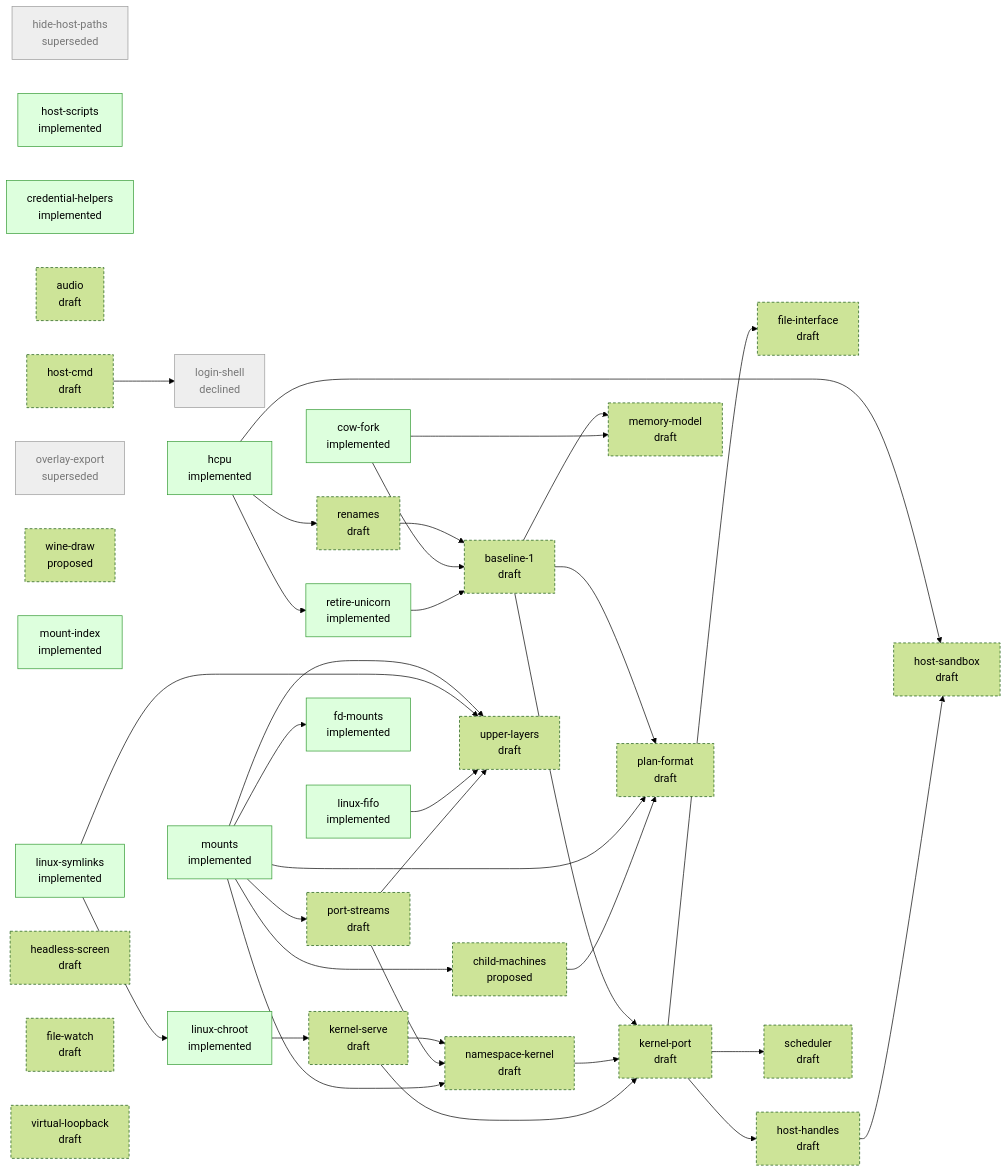
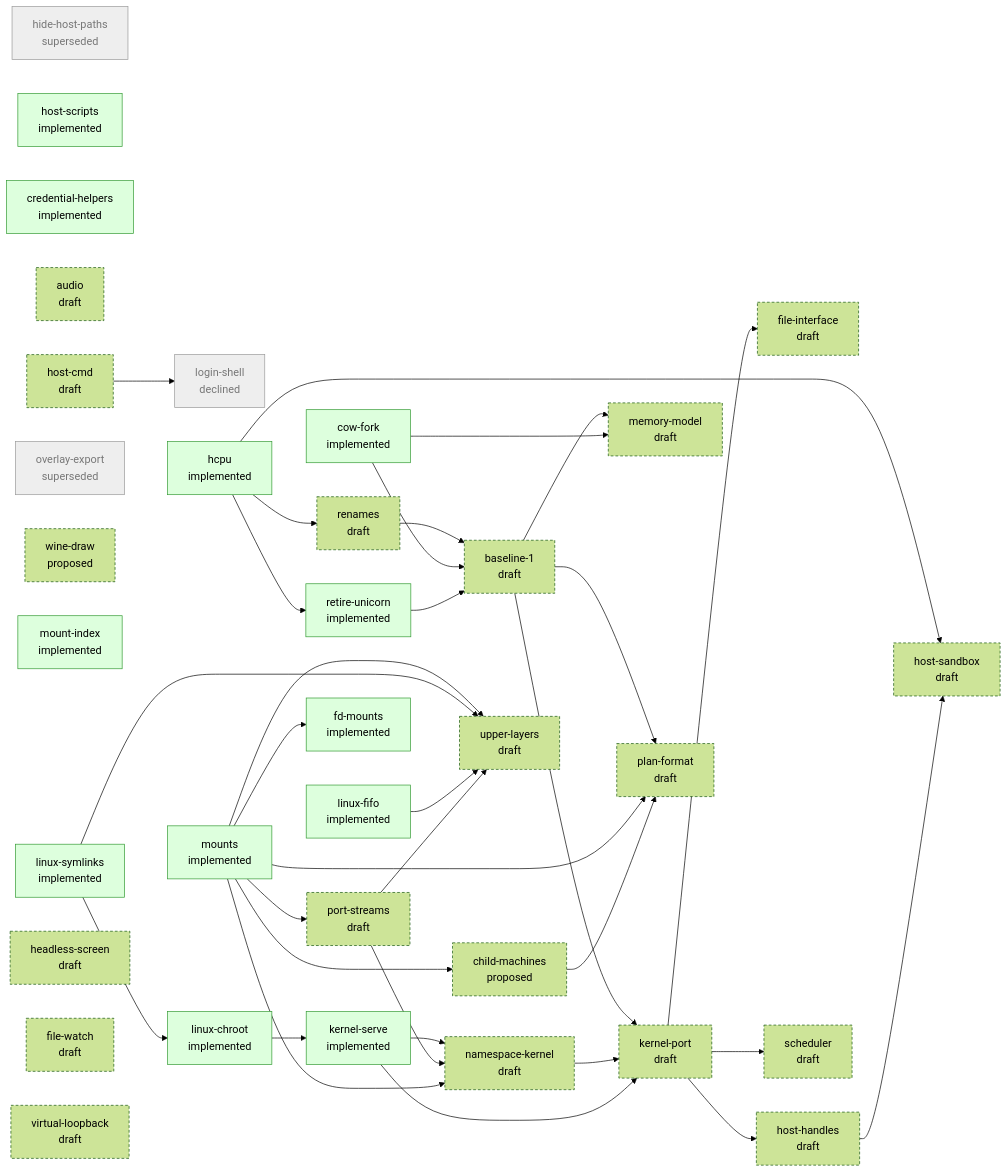
Before and after one commit to progrium/hyper9: the diagram in design/STATUS.md, drawn with Mermaid (forest theme). The commit also changed other lines of this file, not shown here.

````diff
--- a/design/STATUS.md
+++ b/design/STATUS.md
@@ -44,72 +44,72 @@
 ```mermaid
 flowchart LR
   classDef draft stroke-dasharray: 4 3
   classDef accepted stroke-width: 2px
   classDef implemented fill:#dfd,stroke:#393
   classDef closed fill:#eee,stroke:#999,color:#777
   p_hide_host_paths["hide-host-paths<br/>superseded"]:::closed
   p_host_sandbox["host-sandbox<br/>draft"]:::draft
   p_host_scripts["host-scripts<br/>implemented"]:::implemented
   p_credential_helpers["credential-helpers<br/>implemented"]:::implemented
   p_audio["audio<br/>draft"]:::draft
   p_host_cmd["host-cmd<br/>draft"]:::draft
   p_overlay_export["overlay-export<br/>superseded"]:::closed
   p_login_shell["login-shell<br/>declined"]:::closed
   p_child_machines["child-machines<br/>proposed"]:::draft
   p_cow_fork["cow-fork<br/>implemented"]:::implemented
   p_wine_draw["wine-draw<br/>proposed"]:::draft
   p_mount_index["mount-index<br/>implemented"]:::implemented
   p_hcpu["hcpu<br/>implemented"]:::implemented
-  p_kernel_serve["kernel-serve<br/>draft"]:::draft
+  p_kernel_serve["kernel-serve<br/>implemented"]:::implemented
   p_namespace_kernel["namespace-kernel<br/>draft"]:::draft
   p_port_streams["port-streams<br/>draft"]:::draft
   p_linux_fifo["linux-fifo<br/>implemented"]:::implemented
   p_mounts["mounts<br/>implemented"]:::implemented
   p_baseline_1["baseline-1<br/>draft"]:::draft
   p_file_interface["file-interface<br/>draft"]:::draft
   p_host_handles["host-handles<br/>draft"]:::draft
   p_kernel_port["kernel-port<br/>draft"]:::draft
   p_linux_symlinks["linux-symlinks<br/>implemented"]:::implemented
   p_memory_model["memory-model<br/>draft"]:::draft
   p_plan_format["plan-format<br/>draft"]:::draft
   p_renames["renames<br/>draft"]:::draft
   p_retire_unicorn["retire-unicorn<br/>implemented"]:::implemented
   p_scheduler["scheduler<br/>draft"]:::draft
   p_fd_mounts["fd-mounts<br/>implemented"]:::implemented
   p_upper_layers["upper-layers<br/>draft"]:::draft
   p_headless_screen["headless-screen<br/>draft"]:::draft
   p_file_watch["file-watch<br/>draft"]:::draft
   p_linux_chroot["linux-chroot<br/>implemented"]:::implemented
   p_virtual_loopback["virtual-loopback<br/>draft"]:::draft
   p_hcpu --> p_host_sandbox
   p_host_handles --> p_host_sandbox
   p_host_cmd --> p_login_shell
   p_mounts --> p_child_machines
   p_linux_chroot --> p_kernel_serve
   p_kernel_serve --> p_namespace_kernel
   p_port_streams --> p_namespace_kernel
   p_mounts --> p_namespace_kernel
   p_mounts --> p_port_streams
   p_renames --> p_baseline_1
   p_cow_fork --> p_baseline_1
   p_retire_unicorn --> p_baseline_1
   p_kernel_port --> p_file_interface
   p_kernel_port --> p_host_handles
   p_baseline_1 --> p_kernel_port
   p_namespace_kernel --> p_kernel_port
   p_kernel_serve --> p_kernel_port
   p_baseline_1 --> p_memory_model
   p_cow_fork --> p_memory_model
   p_baseline_1 --> p_plan_format
   p_mounts --> p_plan_format
   p_child_machines --> p_plan_format
   p_hcpu --> p_renames
   p_hcpu --> p_retire_unicorn
   p_kernel_port --> p_scheduler
   p_mounts --> p_fd_mounts
   p_mounts --> p_upper_layers
   p_linux_symlinks --> p_upper_layers
   p_linux_fifo --> p_upper_layers
   p_port_streams --> p_upper_layers
   p_linux_symlinks --> p_linux_chroot
 ```
````
